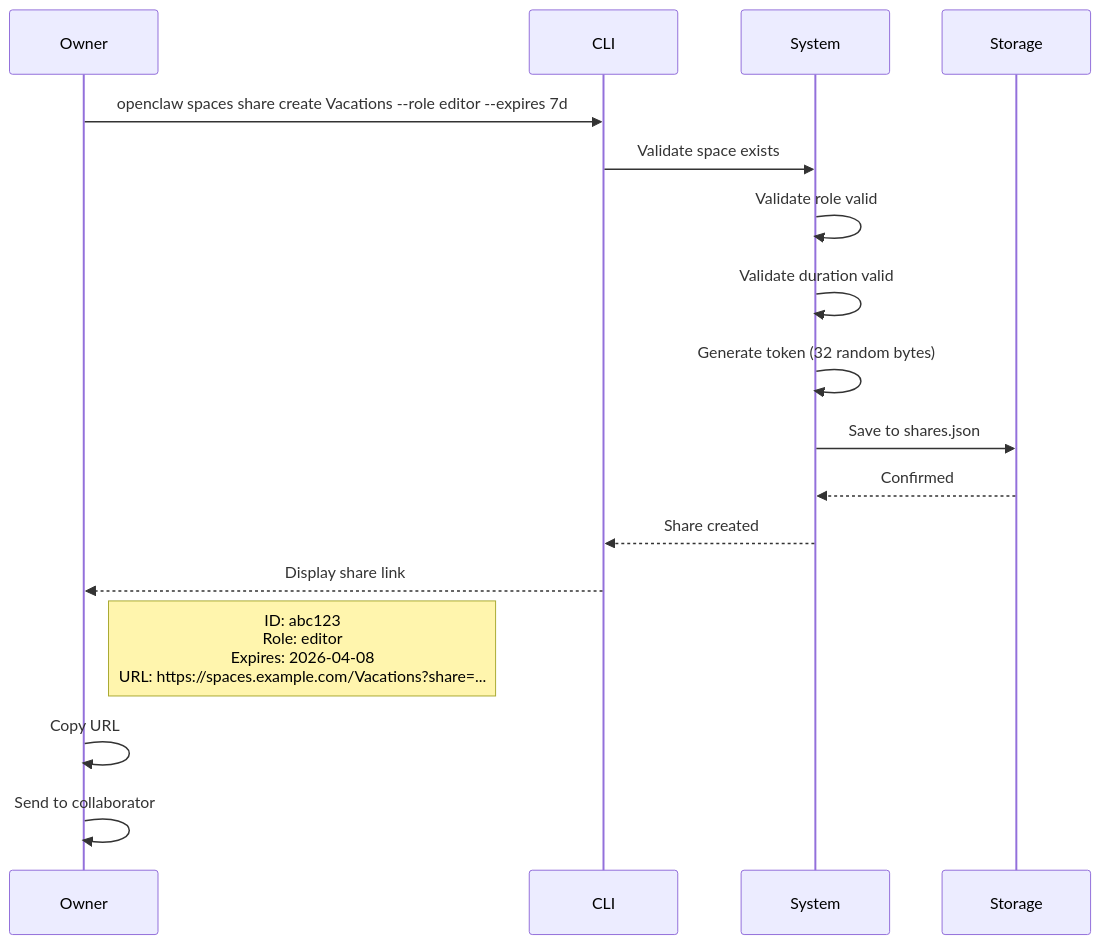
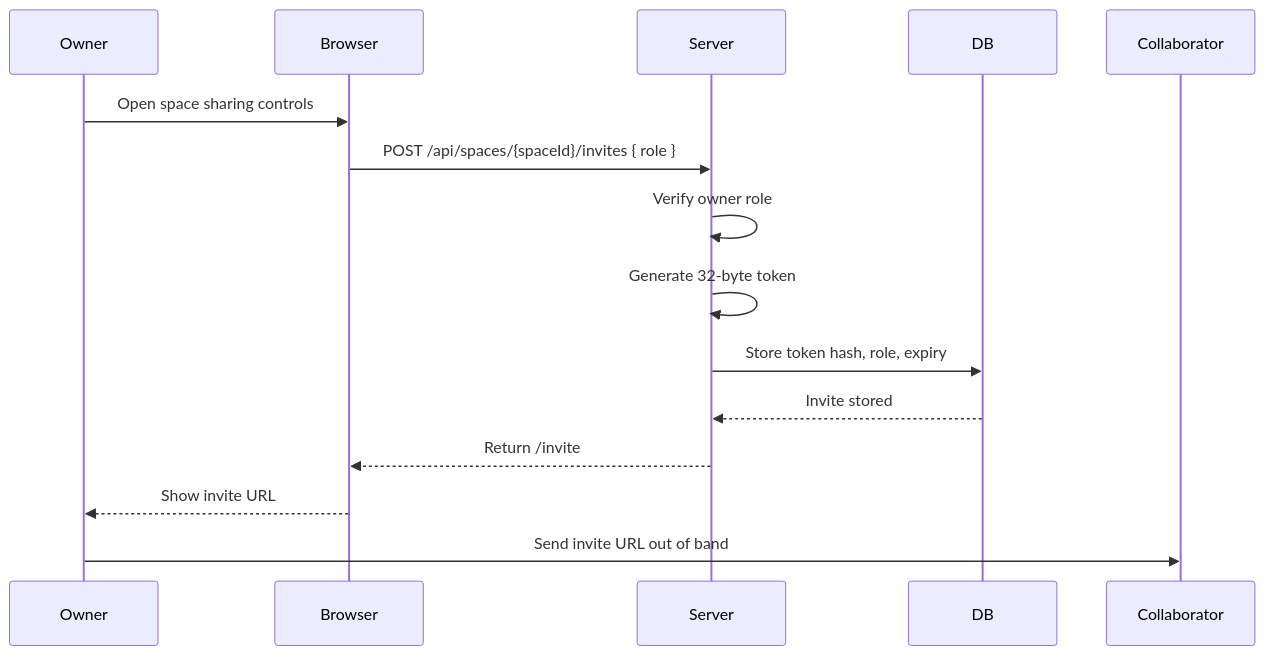
One commit to jchadwick/ai-spaces changed the first of 4 diagrams in docs/flows/02-share-space.md. Above: the diagram before and after it, drawn with Mermaid. The commit also changed other lines of this file and 21 other files, not shown here.

````diff
--- a/docs/flows/02-share-space.md
+++ b/docs/flows/02-share-space.md
@@ -10,22 +12,18 @@
 ```mermaid
 sequenceDiagram
     participant Owner
-    participant CLI
-    participant System
-    participant Storage
-    
-    Owner->>CLI: openclaw spaces share create Vacations --role editor --expires 7d
-    CLI->>System: Validate space exists
-    System->>System: Validate role valid
-    System->>System: Validate duration valid
-    System->>System: Generate token (32 random bytes)
-    System->>Storage: Save to shares.json
-    Storage-->>System: Confirmed
-    System-->>CLI: Share created
-    CLI-->>Owner: Display share link
-    
-    Note right of Owner: ID: abc123<br/>Role: editor<br/>Expires: 2026-04-08<br/>URL: https://spaces.example.com/Vacations?share=...
-    
-    Owner->>Owner: Copy URL
-    Owner->>Owner: Send to collaborator
+    participant Browser
+    participant Server
+    participant DB
+    participant Collaborator
+
+    Owner->>Browser: Open space sharing controls
+    Browser->>Server: POST /api/spaces/{spaceId}/invites { role }
+    Server->>Server: Verify owner role
+    Server->>Server: Generate 32-byte token
+    Server->>DB: Store token hash, role, expiry
+    DB-->>Server: Invite stored
+    Server-->>Browser: Return /invite#token=...
+    Browser-->>Owner: Show invite URL
+    Owner->>Collaborator: Send invite URL out of band
 ```
````
